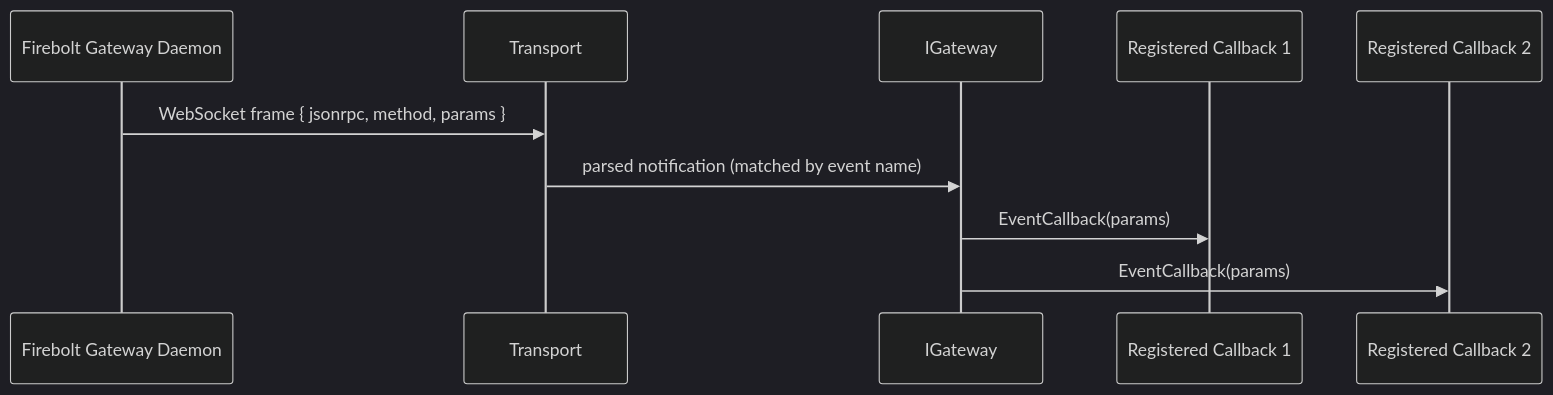
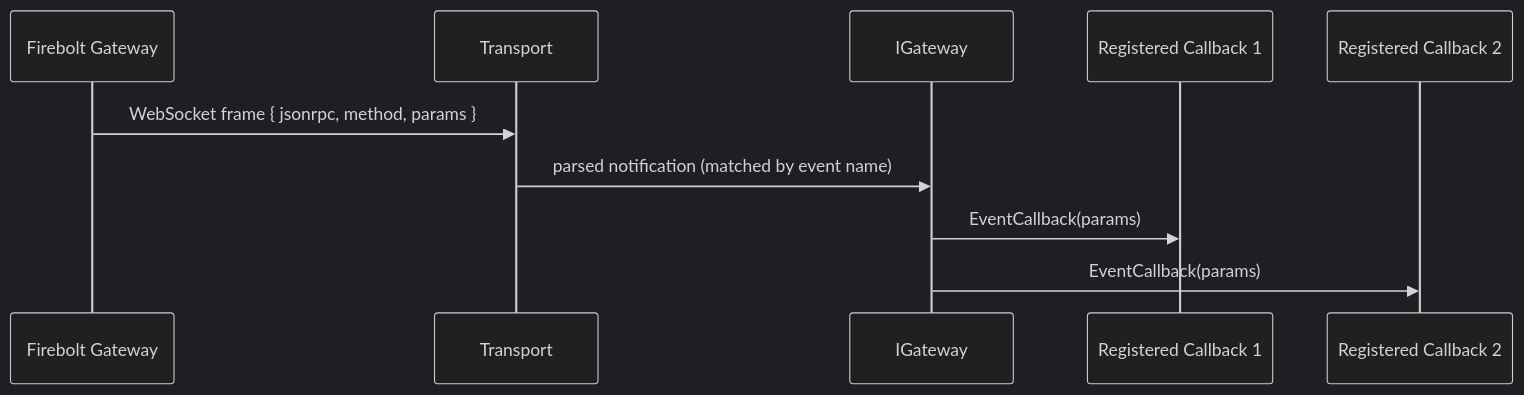
Before and after one commit to rdkcentral/firebolt-cpp-transport: the seventh of 7 diagrams in docs/README.md, drawn with Mermaid (dark theme). The commit also changed other lines of this file, not shown here.

````diff
--- a/docs/README.md
+++ b/docs/README.md
@@ -278,13 +269,13 @@
 ```mermaid
 sequenceDiagram
-    participant FGW as Firebolt Gateway Daemon
+    participant FGW as Firebolt Gateway
     participant TP as Transport
     participant IGW as IGateway
     participant CB1 as Registered Callback 1
     participant CB2 as Registered Callback 2
 
     FGW->>TP: WebSocket frame { jsonrpc, method, params }
     TP->>IGW: parsed notification (matched by event name)
     IGW->>CB1: EventCallback(params)
     IGW->>CB2: EventCallback(params)
 ```
````
